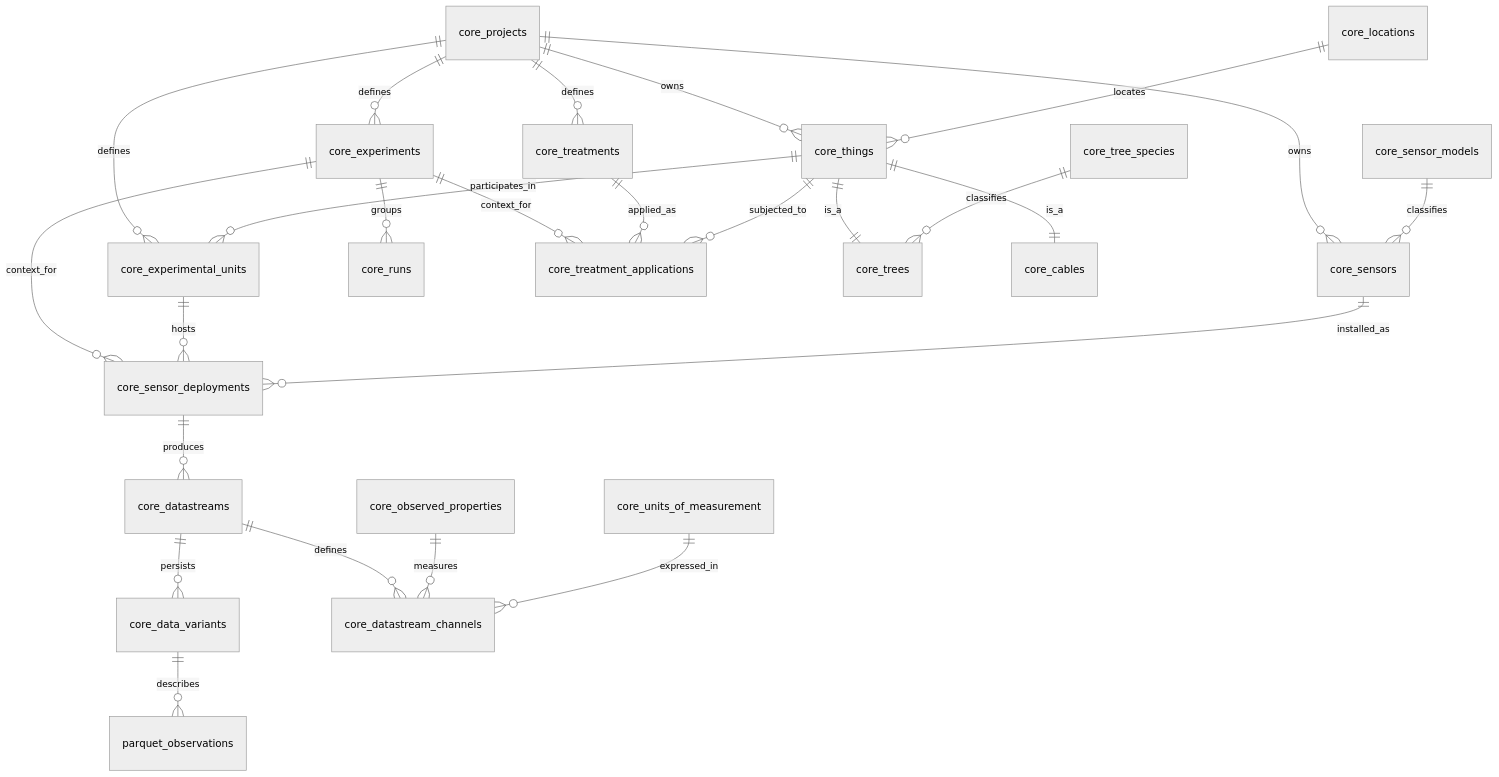
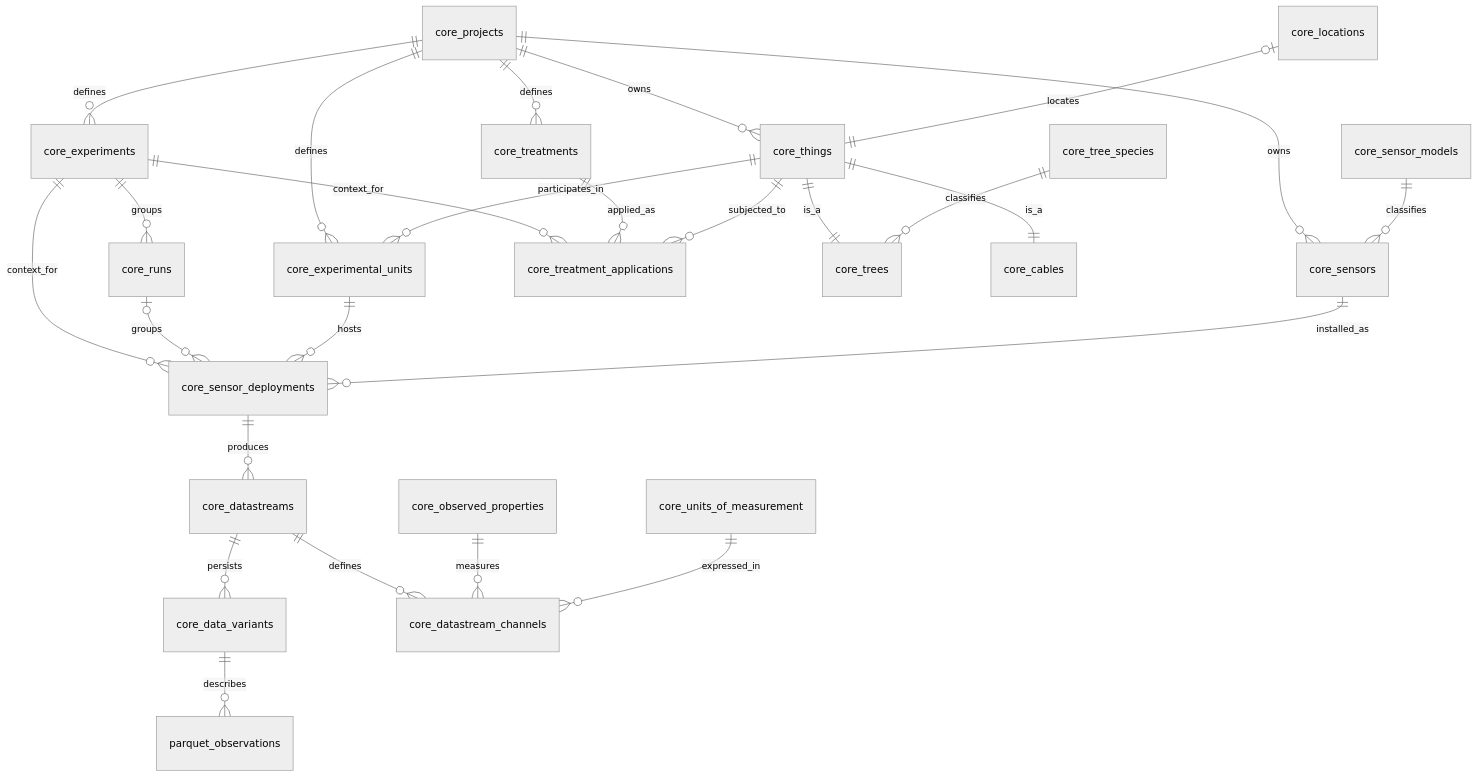
Before and after one commit to kyellsen/arbolab_mvp: the diagram in docs/specs/data-model.md, drawn with Mermaid (neutral theme). The commit also changed other lines of this file and 45 other files, not shown here.

````diff
--- a/docs/specs/data-model.md
+++ b/docs/specs/data-model.md
@@ -9,42 +9,43 @@
 ```mermaid
 erDiagram
   %% PROJECT CONTEXT
   core_projects ||--o{ core_experiments : defines
   core_projects ||--o{ core_things : owns
   core_projects ||--o{ core_sensors : owns
   core_projects ||--o{ core_treatments : defines
   core_projects ||--o{ core_experimental_units : defines
 
   %% EXPERIMENTAL CONTEXT
   core_experiments ||--o{ core_runs : groups
   core_experiments ||--o{ core_sensor_deployments : context_for
   core_experiments ||--o{ core_treatment_applications : context_for
+  core_runs o|--o{ core_sensor_deployments : groups
 
   %% ANALYTICAL CONTEXT
   core_experimental_units ||--o{ core_sensor_deployments : hosts
   core_things ||--o{ core_experimental_units : participates_in
 
   %% THINGS & LOCATIONS
-  core_locations ||--o{ core_things : locates
+  core_locations o|--|| core_things : locates
   core_things ||--|| core_trees : is_a
   core_things ||--|| core_cables : is_a
   core_tree_species ||--o{ core_trees : classifies
 
   %% TREATMENTS
   core_treatments ||--o{ core_treatment_applications : applied_as
   core_things ||--o{ core_treatment_applications : subjected_to
 
   %% DEPLOYMENT & SENSORS
   core_sensors ||--o{ core_sensor_deployments : installed_as
   core_sensor_models ||--o{ core_sensors : classifies
 
   %% DATASTREAM & STORAGE
   core_sensor_deployments ||--o{ core_datastreams : produces
   core_datastreams ||--o{ core_data_variants : persists
   core_datastreams ||--o{ core_datastream_channels : defines
   core_observed_properties ||--o{ core_datastream_channels : measures
   core_units_of_measurement ||--o{ core_datastream_channels : expressed_in
 
   %% VIRTUAL / PARQUET
   core_data_variants ||--o{ parquet_observations : describes
 ```
````
